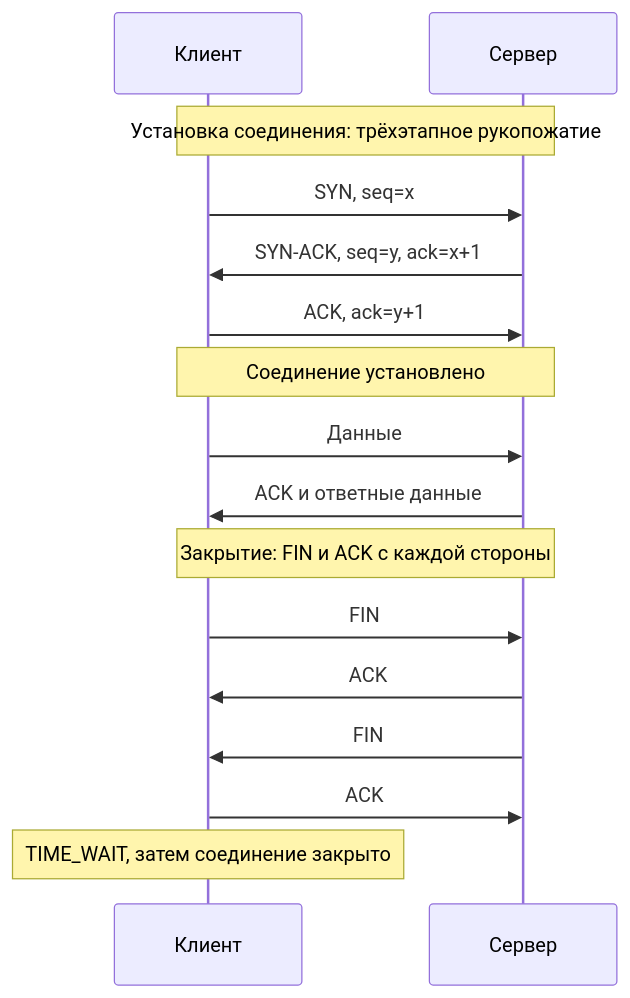
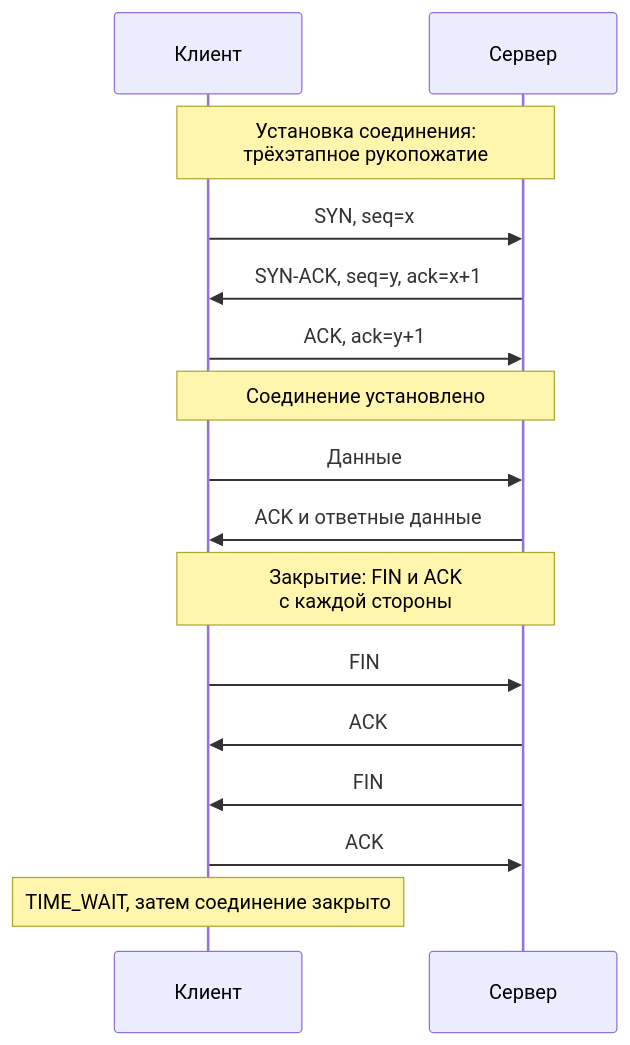
One commit to geminishkv/course_labs changed the diagram in labs/intro/networking_basics.md. Above: the diagram before and after it, drawn with Mermaid. The commit also changed 3 other files, not shown here.

First line of the commit message:
fix(diagrams): make site-rendered diagrams match the canon

````diff
--- a/labs/intro/networking_basics.md
+++ b/labs/intro/networking_basics.md
@@ -275,24 +275,24 @@
 ```mermaid
 sequenceDiagram
     accTitle: Установка и закрытие TCP-соединения
     accDescr: Трёхэтапное рукопожатие SYN, SYN-ACK, ACK открывает соединение; закрытие занимает четыре сегмента, потому что каждая сторона отдельно отправляет FIN и получает ACK.
 
     participant client as Клиент
     participant server as Сервер
 
-    Note over client,server: Установка соединения: трёхэтапное рукопожатие
+    Note over client,server: Установка соединения:<br/>трёхэтапное рукопожатие
     client->>server: SYN, seq=x
     server->>client: SYN-ACK, seq=y, ack=x+1
     client->>server: ACK, ack=y+1
 
     Note over client,server: Соединение установлено
     client->>server: Данные
     server->>client: ACK и ответные данные
 
-    Note over client,server: Закрытие: FIN и ACK с каждой стороны
+    Note over client,server: Закрытие: FIN и ACK<br/>с каждой стороны
     client->>server: FIN
     server->>client: ACK
     server->>client: FIN
     client->>server: ACK
     Note over client: TIME_WAIT, затем соединение закрыто
 ```
````
